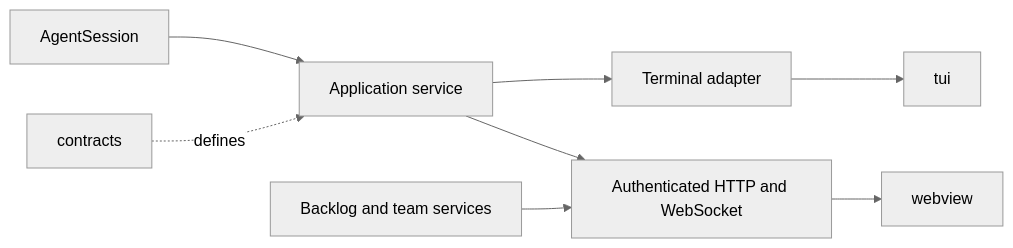
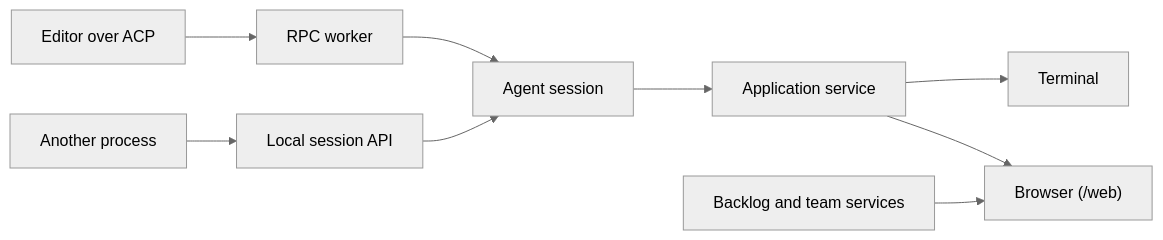
One commit to bgauryy/octocode-coding-agent changed the first of 3 diagrams in docs/INTERFACE_ARCHITECTURE.md. Above: the diagram before and after it, drawn with Mermaid (neutral theme). The commit also changed other lines of this file and 439 other files, not shown here.

````diff
--- a/docs/INTERFACE_ARCHITECTURE.md
+++ b/docs/INTERFACE_ARCHITECTURE.md
@@ -18,10 +5,9 @@
 ```mermaid
 flowchart LR
-  Session[AgentSession] --> Port[Application service]
-  Contracts[contracts] -. defines .-> Port
-  Port --> Native[Terminal adapter]
-  Native --> TUI[tui]
-  Port --> Transport[Authenticated HTTP and WebSocket]
-  Transport --> Web[webview]
-  Domains[Backlog and team services] --> Transport
+  Session[Agent session] --> Port[Application service]
+  Port --> Term[Terminal]
+  Port --> Web["Browser (/web)"]
+  Domains[Backlog and team services] --> Web
+  ACP[Editor over ACP] --> Worker[RPC worker] --> Session
+  API[Another process] --> LocalAPI[Local session API] --> Session
 ```
````
